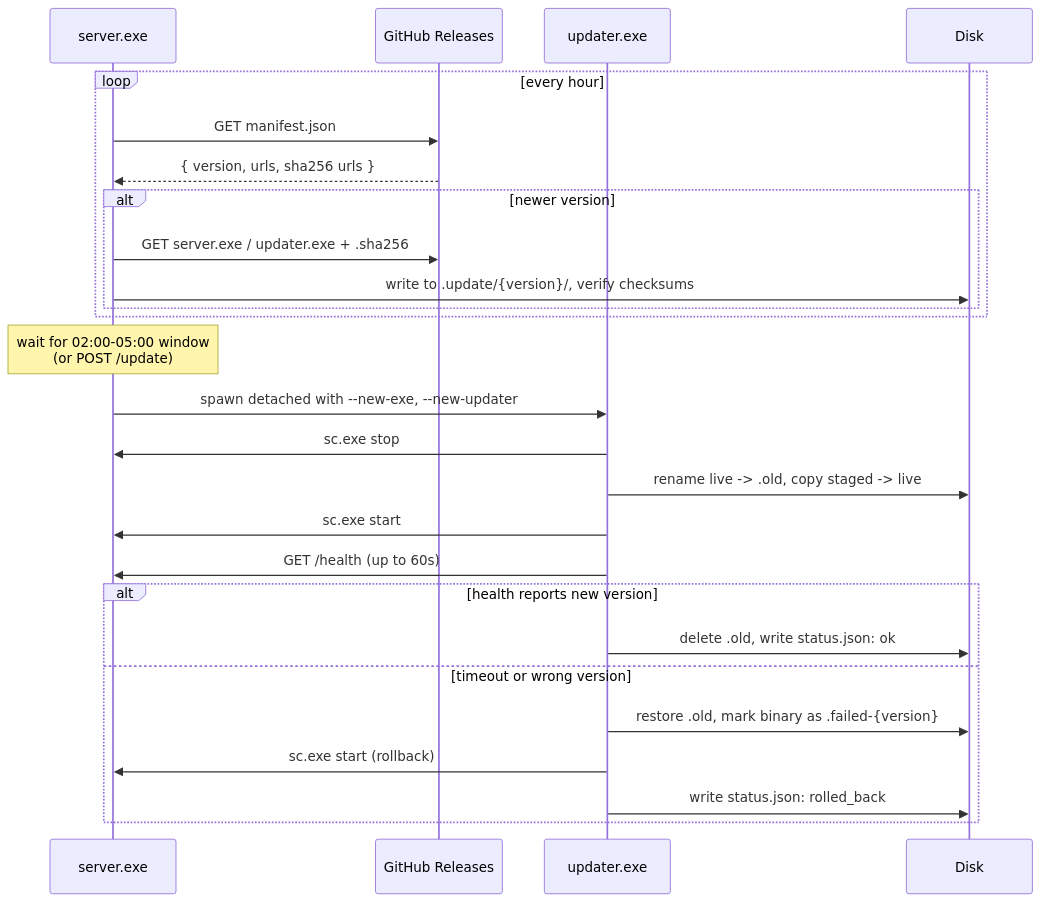
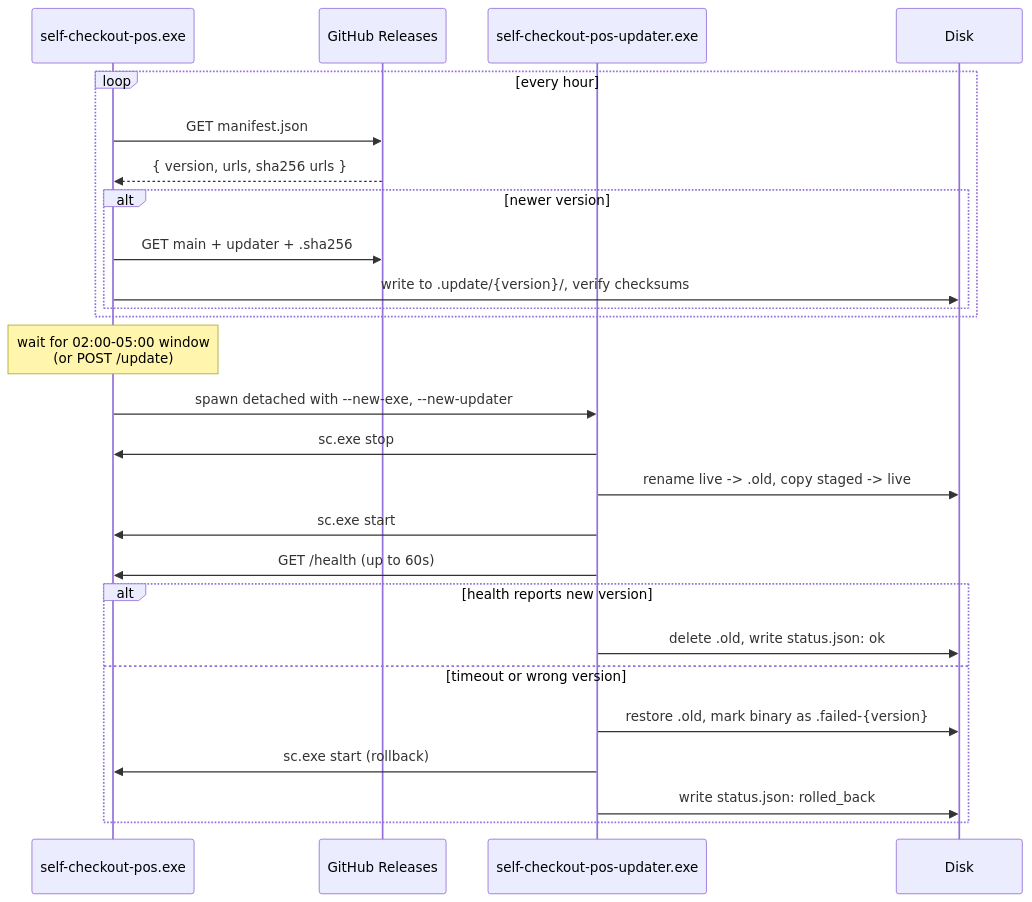
Before and after one commit to tqrcisio/self-checkout-pos: the second of 3 diagrams in README.md, drawn with Mermaid. The commit also changed other lines of this file and 10 other files, not shown here.

````diff
--- a/README.md
+++ b/README.md
@@ -165,29 +167,29 @@
 ```mermaid
 sequenceDiagram
-    participant S as server.exe
+    participant S as self-checkout-pos.exe
     participant GH as GitHub Releases
-    participant U as updater.exe
+    participant U as self-checkout-pos-updater.exe
     participant FS as Disk
 
     loop every hour
         S->>GH: GET manifest.json
         GH-->>S: { version, urls, sha256 urls }
         alt newer version
-            S->>GH: GET server.exe / updater.exe + .sha256
+            S->>GH: GET main + updater + .sha256
             S->>FS: write to .update/{version}/, verify checksums
         end
     end
     Note over S: wait for 02:00-05:00 window<br/>(or POST /update)
     S->>U: spawn detached with --new-exe, --new-updater
     U->>S: sc.exe stop
     U->>FS: rename live -> .old, copy staged -> live
     U->>S: sc.exe start
     U->>S: GET /health (up to 60s)
     alt health reports new version
         U->>FS: delete .old, write status.json: ok
     else timeout or wrong version
         U->>FS: restore .old, mark binary as .failed-{version}
         U->>S: sc.exe start (rollback)
         U->>FS: write status.json: rolled_back
     end
 ```
````
